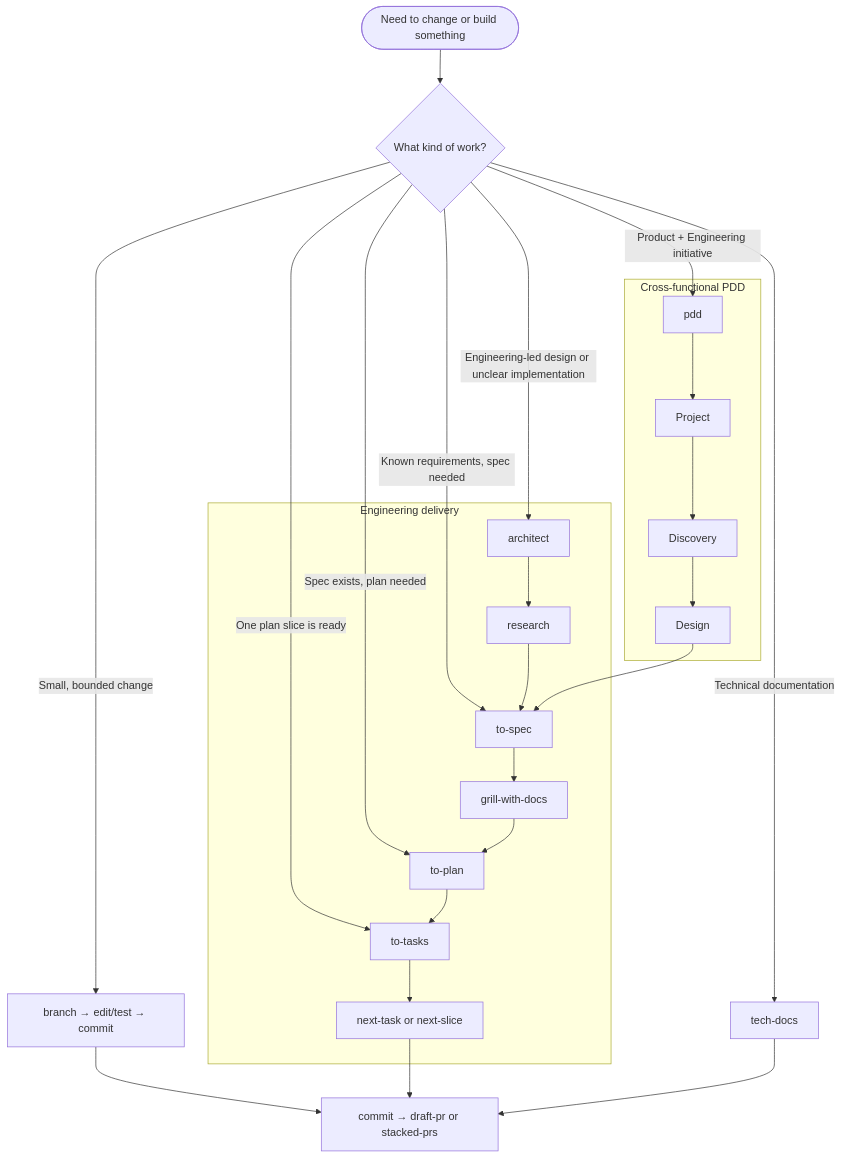
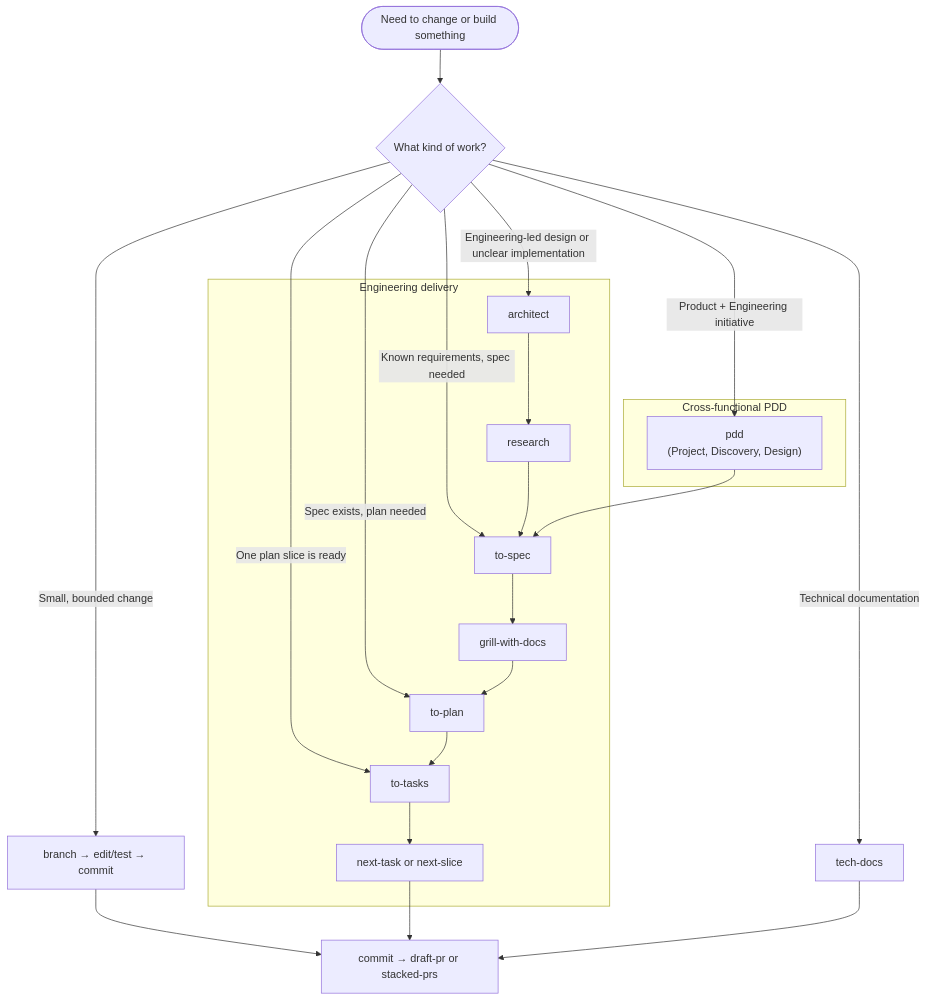
Before and after one commit to Integralist/agent-skills: the first of 2 diagrams in README.md, drawn with Mermaid. The commit also changed other lines of this file and 1 other file, not shown here.

````diff
--- a/README.md
+++ b/README.md
@@ -313,32 +313,30 @@
 ```mermaid
 flowchart TD
     Start([Need to change or build something]) --> Scope{What kind of work?}
 
     Scope -->|Product + Engineering initiative| PDD[pdd]
     Scope -->|Engineering-led design or unclear implementation| Architect[architect]
     Scope -->|Known requirements, spec needed| Spec[to-spec]
     Scope -->|Spec exists, plan needed| Plan[to-plan]
     Scope -->|One plan slice is ready| Tasks[to-tasks]
     Scope -->|Small, bounded change| Small[branch → edit/test → commit]
     Scope -->|Technical documentation| Docs[tech-docs]
 
     subgraph PDDFlow[Cross-functional PDD]
-        PDD --> Project[Project]
-        Project --> Discovery[Discovery]
-        Discovery --> Design[Design]
+        PDD["pdd<br/>(Project, Discovery, Design)"]
     end
 
     subgraph EngineeringFlow[Engineering delivery]
         Architect --> Research[research]
         Research --> Spec
         Spec --> Grill[grill-with-docs]
         Grill --> Plan
         Plan --> Tasks
         Tasks --> Execute[next-task or next-slice]
     end
 
-    Design --> Spec
+    PDD --> Spec
     Small --> Delivery[commit → draft-pr or stacked-prs]
     Execute --> Delivery
     Docs --> Delivery
 ```
````
